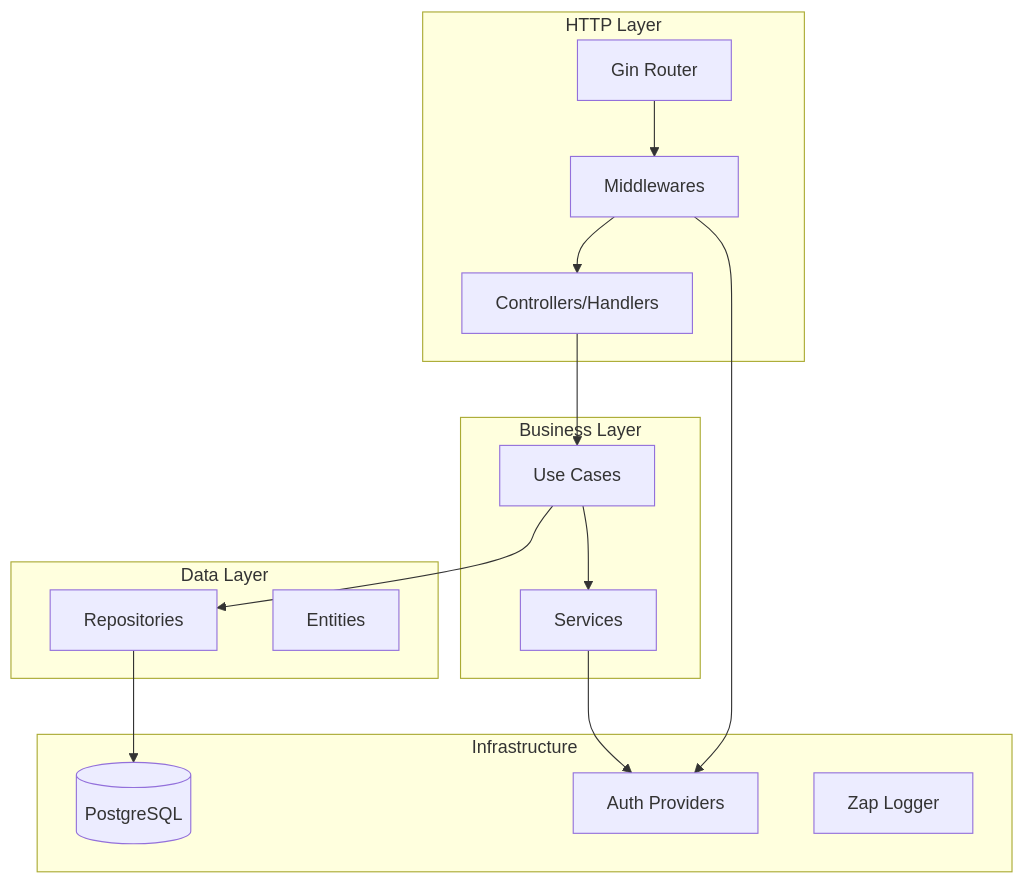
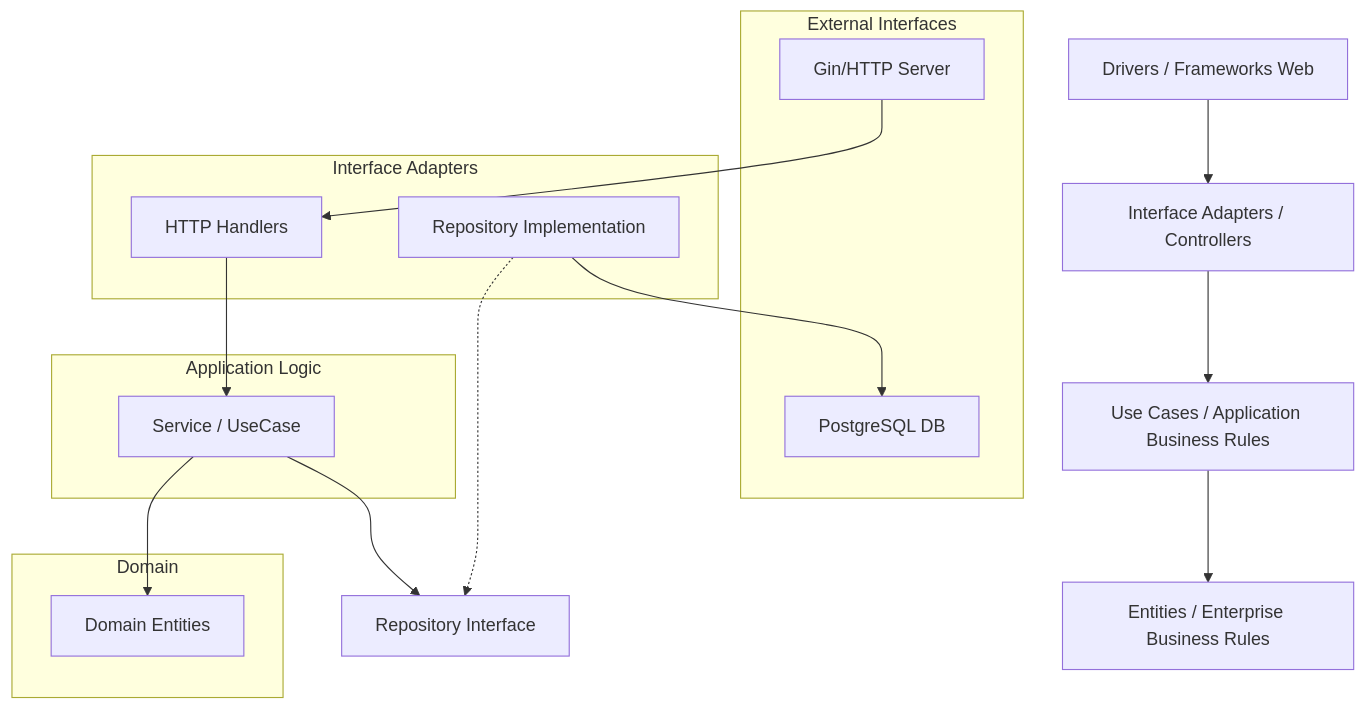
Before and after one commit to PHRaulino-Space/phrs-fintrack-docs: the diagram in gh-docs/docs/architecture/backend.md, drawn with Mermaid. The commit also changed other lines of this file and 63 other files, not shown here.

````diff
--- a/gh-docs/docs/architecture/backend.md
+++ b/gh-docs/docs/architecture/backend.md
@@ -11,33 +7,31 @@
 ```mermaid
-graph TB
-    subgraph "HTTP Layer"
-        Router[Gin Router]
-        MW[Middlewares]
-        Handlers[Controllers/Handlers]
+graph TD
+    Drivers[Drivers / Frameworks Web] --> Adapters[Interface Adapters / Controllers]
+    Adapters --> UseCases[Use Cases / Application Business Rules]
+    UseCases --> Entities[Entities / Enterprise Business Rules]
+
+    subgraph "External Interfaces"
+        Gin[Gin/HTTP Server]
+        Postgres[PostgreSQL DB]
     end
 
-    subgraph "Business Layer"
-        UseCases[Use Cases]
-        Services[Services]
+    subgraph "Interface Adapters"
+        HTTPHandler[HTTP Handlers]
+        RepoImpl[Repository Implementation]
     end
 
-    subgraph "Data Layer"
-        Repos[Repositories]
-        Entities[Entities]
+    subgraph "Application Logic"
+        UseCaseService[Service / UseCase]
     end
 
-    subgraph "Infrastructure"
-        DB[(PostgreSQL)]
-        Auth[Auth Providers]
-        Logger[Zap Logger]
+    subgraph "Domain"
+        EntityStructs[Domain Entities]
     end
 
-    Router --> MW
-    MW --> Handlers
-    Handlers --> UseCases
-    UseCases --> Services
-    UseCases --> Repos
-    Repos --> DB
-    Services --> Auth
-    MW --> Auth
+    Gin --> HTTPHandler
+    HTTPHandler --> UseCaseService
+    UseCaseService --> EntityStructs
+    UseCaseService --> RepoInterface[Repository Interface]
+    RepoImpl -.-> RepoInterface
+    RepoImpl --> Postgres
 ```
````
